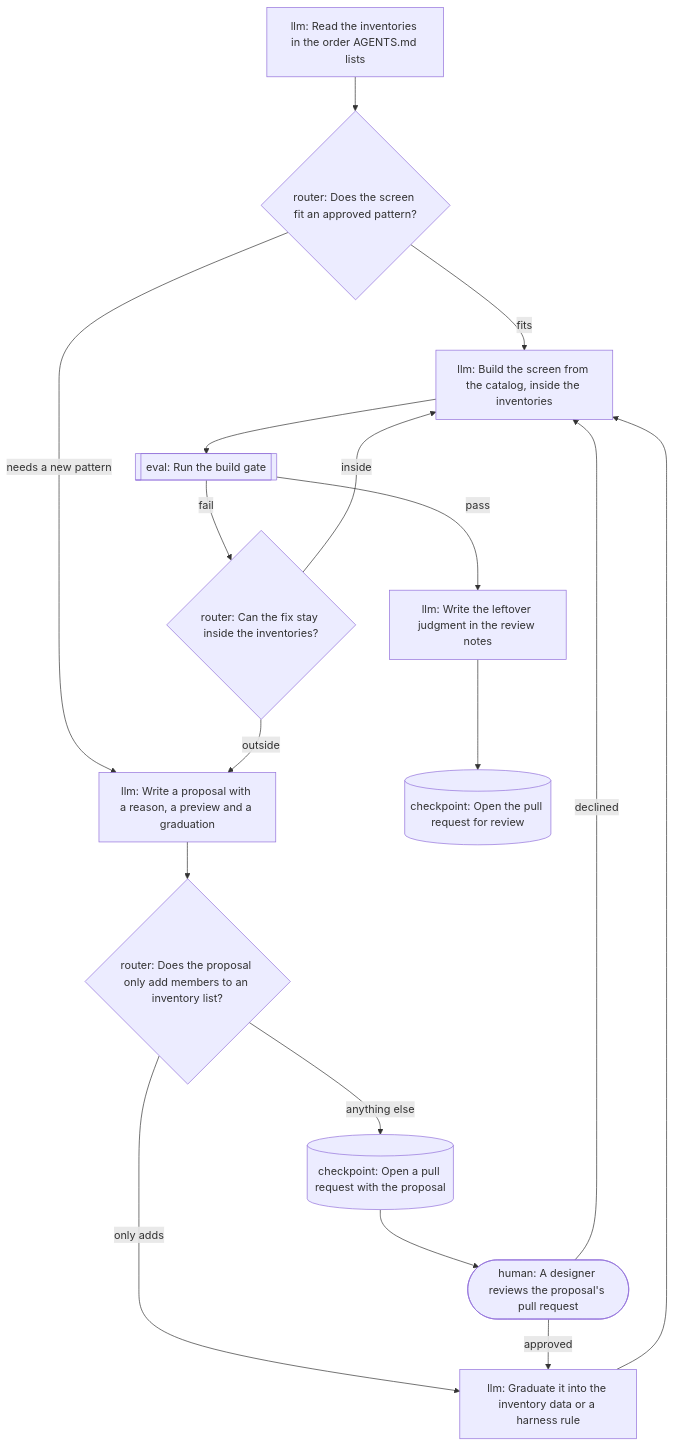
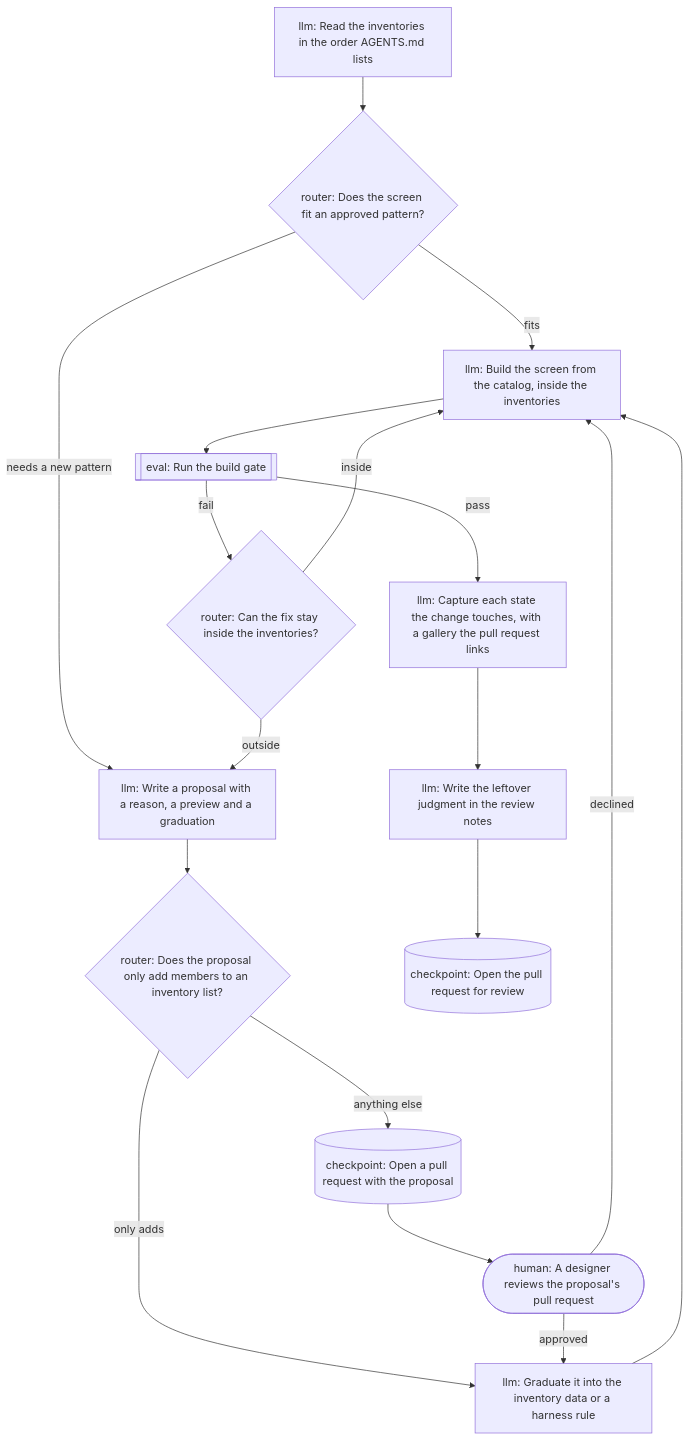
The third of 7 diagrams in packages/harness/docs/how-it-works.md (tounsoo/agent-design-loop), drawn with Mermaid before and after one commit. The commit also changed other lines of this file and 16 other files, not shown here.

First line of the commit message:
Add a screenshot step to the design loop, with a gallery the pull request links

````diff
--- a/packages/harness/docs/how-it-works.md
+++ b/packages/harness/docs/how-it-works.md
@@ -94,31 +94,33 @@
 ```mermaid
 flowchart TB
   n_read["llm: Read the inventories in the order AGENTS.md lists"]
   n_route{"router: Does the screen fit an approved pattern?"}
   n_build["llm: Build the screen from the catalog, inside the inventories"]
   n_checks[["eval: Run the build gate"]]
   n_triage{"router: Can the fix stay inside the inventories?"}
   n_propose["llm: Write a proposal with a reason, a preview and a graduation"]
   n_scope{"router: Does the proposal only add members to an inventory list?"}
   n_proposal_pull_request[("checkpoint: Open a pull request with the proposal")]
   n_approval(["human: A designer reviews the proposal's pull request"])
   n_graduate["llm: Graduate it into the inventory data or a harness rule"]
+  n_screenshots["llm: Capture each state the change touches, with a gallery the pull request links"]
   n_note["llm: Write the leftover judgment in the review notes"]
   n_pull_request[("checkpoint: Open the pull request for review")]
   n_read --> n_route
   n_route -->|fits| n_build
   n_route -->|needs a new pattern| n_propose
   n_build --> n_checks
-  n_checks -->|pass| n_note
+  n_checks -->|pass| n_screenshots
   n_checks -->|fail| n_triage
   n_triage -->|inside| n_build
   n_triage -->|outside| n_propose
   n_propose --> n_scope
   n_scope -->|only adds| n_graduate
   n_scope -->|anything else| n_proposal_pull_request
   n_proposal_pull_request --> n_approval
   n_approval -->|approved| n_graduate
   n_approval -->|declined| n_build
   n_graduate --> n_build
+  n_screenshots --> n_note
   n_note --> n_pull_request
 ```
````
